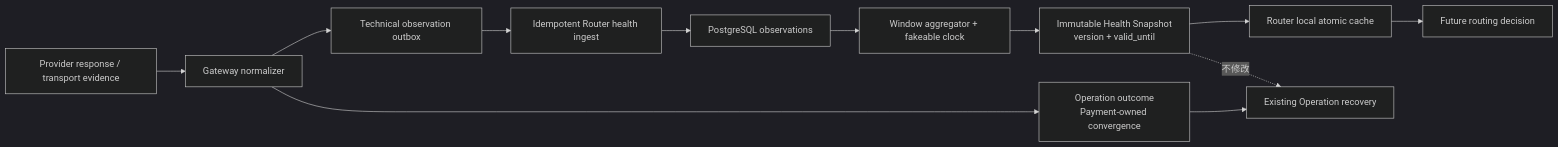
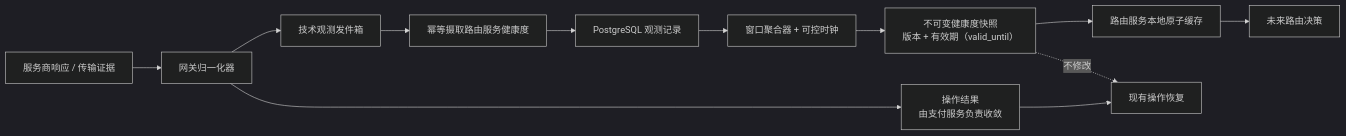
Before and after one commit to YouEclipse/Designing-Modern-Payment-Systems: the fourth of 4 diagrams in part-3-reliability/provider-health.md, drawn with Mermaid (dark theme). The commit also changed other lines of this file and 59 other files, not shown here.

````diff
--- a/part-3-reliability/provider-health.md
+++ b/part-3-reliability/provider-health.md
@@ -422,14 +427,14 @@
 ```mermaid
 flowchart LR
-    Provider["Provider response / transport evidence"] --> Gateway["Gateway normalizer"]
-    Gateway --> Funds["Operation outcome<br/>Payment-owned convergence"]
-    Gateway --> Outbox["Technical observation outbox"]
-    Outbox --> Ingest["Idempotent Router health ingest"]
-    Ingest --> Obs["PostgreSQL observations"]
-    Obs --> Agg["Window aggregator + fakeable clock"]
-    Agg --> Snap["Immutable Health Snapshot<br/>version + valid_until"]
-    Snap --> Cache["Router local atomic cache"]
-    Cache --> NewDecision["Future routing decision"]
-    Funds --> Existing["Existing Operation recovery"]
+    Provider["服务商响应 / 传输证据"] --> Gateway["网关归一化器"]
+    Gateway --> Funds["操作结果<br/>由支付服务负责收敛"]
+    Gateway --> Outbox["技术观测发件箱"]
+    Outbox --> Ingest["幂等摄取路由服务健康度"]
+    Ingest --> Obs["PostgreSQL 观测记录"]
+    Obs --> Agg["窗口聚合器 + 可控时钟"]
+    Agg --> Snap["不可变健康度快照<br/>版本 + 有效期（valid_until）"]
+    Snap --> Cache["路由服务本地原子缓存"]
+    Cache --> NewDecision["未来路由决策"]
+    Funds --> Existing["现有操作恢复"]
     Snap -.->|"不修改"| Existing
 ```
````
